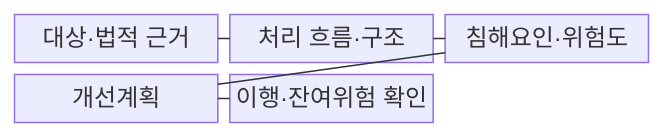
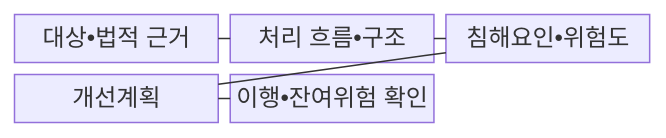
Before and after one commit to agnusdei1207/knowledge-base: the first of 2 diagrams in src/content/docs/notes/05-security/097_privacy_impact_assessment.md, drawn with Mermaid. The commit also changed other lines of this file and 953 other files, not shown here.

````diff
--- a/src/content/docs/notes/05-security/097_privacy_impact_assessment.md
+++ b/src/content/docs/notes/05-security/097_privacy_impact_assessment.md
@@ -63,13 +63,13 @@
 ```mermaid
 block-beta
   columns 3
-  A["대상·법적 근거"]
-  B["처리 흐름·구조"]
-  C["침해요인·위험도"]
+  A["대상•법적 근거"]
+  B["처리 흐름•구조"]
+  C["침해요인•위험도"]
   D["개선계획"]
-  E["이행·잔여위험 확인"]
+  E["이행•잔여위험 확인"]
   A --- B
   B --- C
   C --- D
   D --- E
 ```
````
